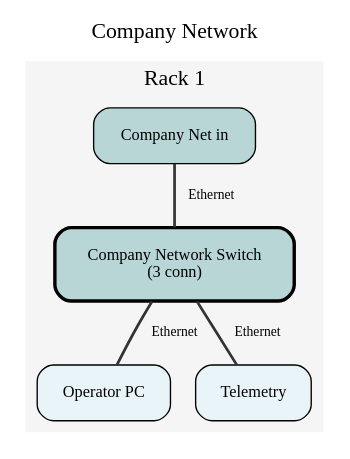
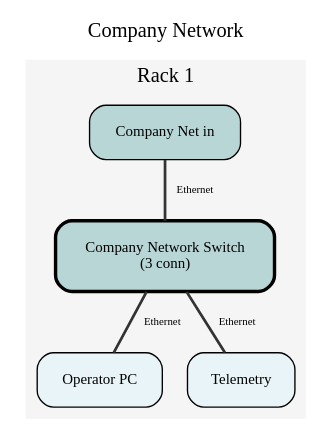
The diagram in output/company_network.dot (BenjiPestell/rack-diagram-demo), drawn with Graphviz before and after one commit. The commit also changed 13 other files, not shown here.

```diff
--- a/output/company_network.dot
+++ b/output/company_network.dot
@@ -1,65 +1,65 @@
 graph "Company Network" {
 
   graph [
     bgcolor="white",
     label="Company Network",
     labelloc=t,
-    fontsize=16,
+    fontsize=15,
     fontname="Sinkin Sans 400 Regular",
     overlap=false,
     sep=0.5
   ];
 
   node [
     shape=box,
     style="rounded,filled",
-    fontsize=12,
+    fontsize=11,
     fontname="Sinkin Sans 400 Regular",
     margin=0.2
   ];
 
   edge [
     color="#333333",
     style=solid,
     penwidth=2.0
   ];
 
   // Devices grouped by rack and external groups
 
   subgraph cluster_rack1 {
     label="Rack 1";
     style=filled;
     color="#F5F5F5";
     fontname="Sinkin Sans 400 Regular";
 
     "Company_Network_Switch" [
       label="Company Network Switch\n(3 conn)",
       fillcolor="#B8D6D6",
       penwidth=2.5
     ];
     "Company_Net_in" [
       label="Company Net in",
       fillcolor="#B8D6D6"
     ];
     "Operator_PC" [
       label="Operator PC",
       fillcolor="#E8F4F8"
     ];
     "Telemetry" [
       label="Telemetry",
       fillcolor="#E8F4F8"
     ];
   }
 
   // Connections
   Company_Network_Switch -- Operator_PC [
-    color="#333333", style=solid, penwidth=2.0, label="   Ethernet", fontsize=10, fontname="Sinkin Sans 400 Regular"
+    color="#333333", style=solid, penwidth=2.0, label="   Ethernet", fontsize=8, fontname="Sinkin Sans 400 Regular"
   ];
   Company_Network_Switch -- Telemetry [
-    color="#333333", style=solid, penwidth=2.0, label="   Ethernet", fontsize=10, fontname="Sinkin Sans 400 Regular"
+    color="#333333", style=solid, penwidth=2.0, label="   Ethernet", fontsize=8, fontname="Sinkin Sans 400 Regular"
   ];
   Company_Net_in -- Company_Network_Switch [
-    color="#333333", style=solid, penwidth=2.0, label="   Ethernet", fontsize=10, fontname="Sinkin Sans 400 Regular"
+    color="#333333", style=solid, penwidth=2.0, label="   Ethernet", fontsize=8, fontname="Sinkin Sans 400 Regular"
   ];
 
 }
```
